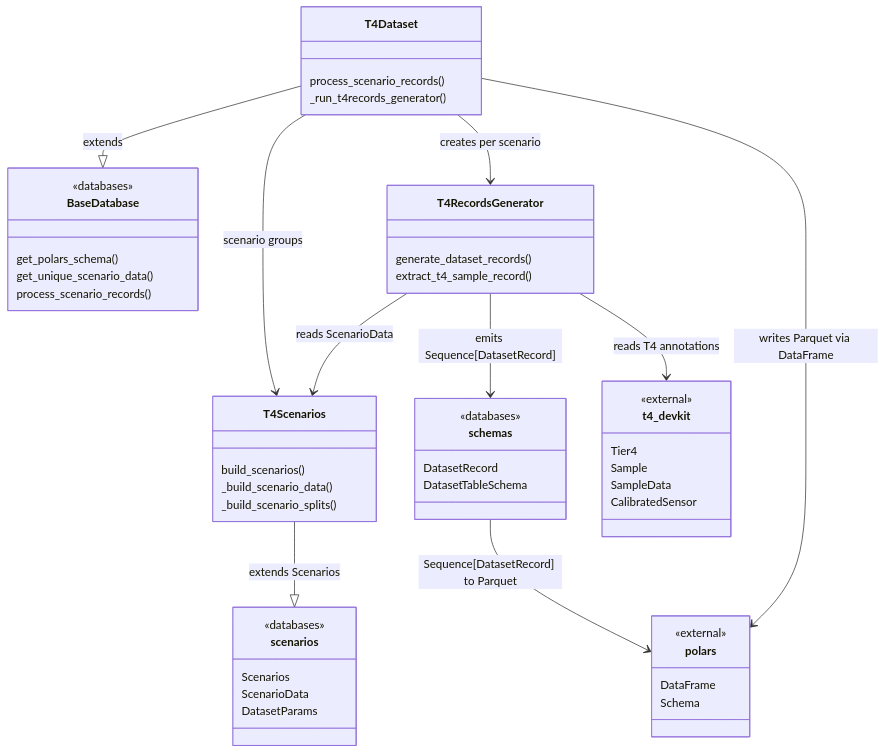
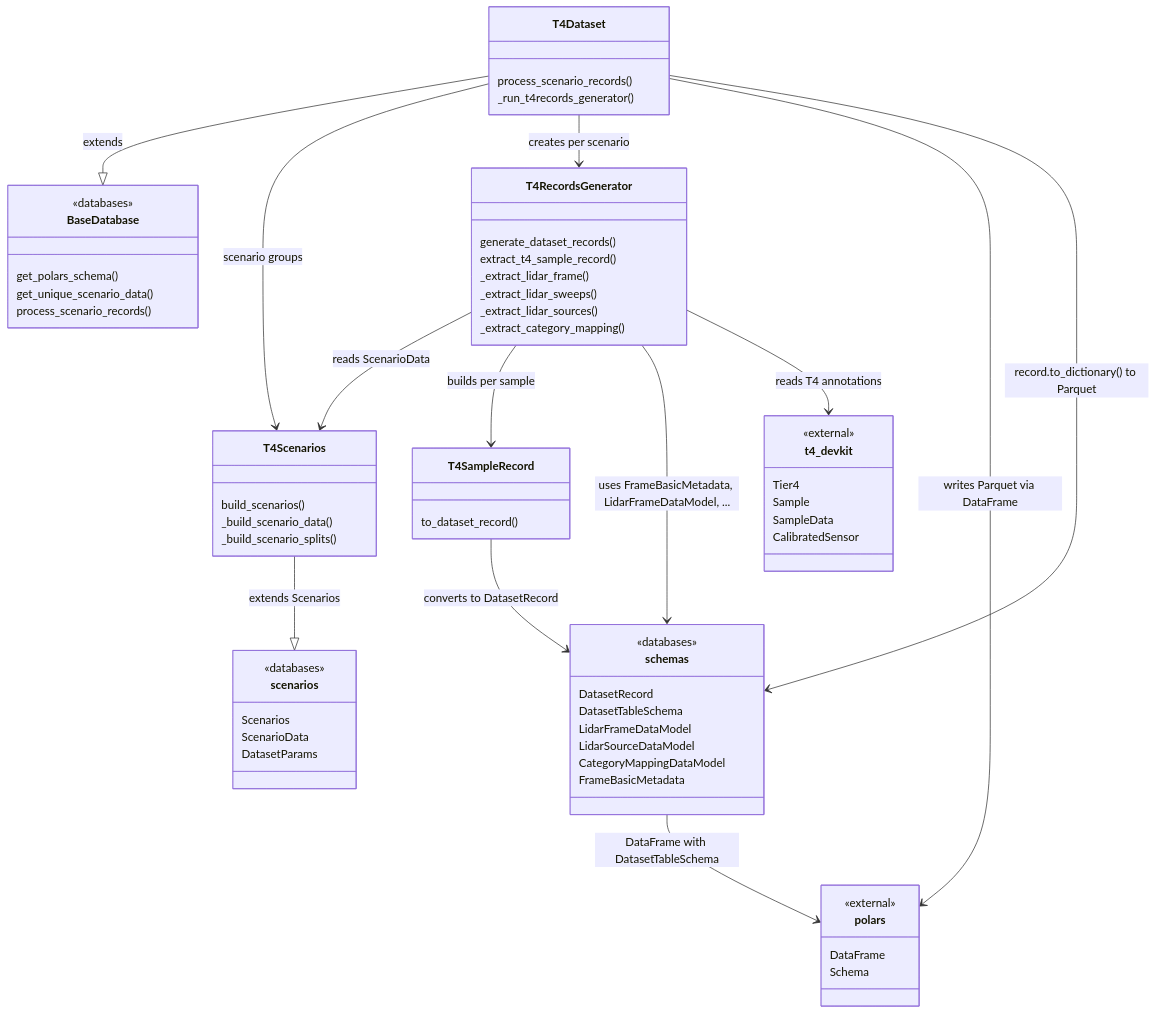
One commit to tier4/autoware-ml changed the diagram in docs/databases/t4dataset.md. Above: the diagram before and after it, drawn with Mermaid. The commit also changed other lines of this file and 22 other files, not shown here.

Commit message:
feat(T4Dataset): add lidar and lidar seg metadata to t4dataset cache generator (#39)

````diff
--- a/docs/databases/t4dataset.md
+++ b/docs/databases/t4dataset.md
@@ -54,6 +55,10 @@
         <<databases>>
         DatasetRecord
         DatasetTableSchema
+        LidarFrameDataModel
+        LidarSourceDataModel
+        CategoryMappingDataModel
+        FrameBasicMetadata
     }
 
     class BaseDatabase {
@@ -72,6 +77,14 @@
     class T4RecordsGenerator {
         generate_dataset_records()
         extract_t4_sample_record()
+        _extract_lidar_frame()
+        _extract_lidar_sweeps()
+        _extract_lidar_sources()
+        _extract_category_mapping()
+    }
+
+    class T4SampleRecord {
+        to_dataset_record()
     }
 
     class T4Dataset {
@@ -87,8 +100,12 @@
     T4Dataset --> polars : writes Parquet via DataFrame
 
     T4RecordsGenerator --> T4Scenarios : reads ScenarioData
-    T4RecordsGenerator --> schemas : emits Sequence[DatasetRecord]
+    T4RecordsGenerator --> T4SampleRecord : builds per sample
+    T4RecordsGenerator --> schemas : uses FrameBasicMetadata, LidarFrameDataModel, ...
     T4RecordsGenerator --> t4_devkit : reads T4 annotations
 
-    schemas --> polars: Sequence[DatasetRecord] to Parquet
+    T4SampleRecord --> schemas : converts to DatasetRecord
+
+    T4Dataset --> schemas : record.to_dictionary() to Parquet
+    schemas --> polars : DataFrame with DatasetTableSchema
 ```
````
